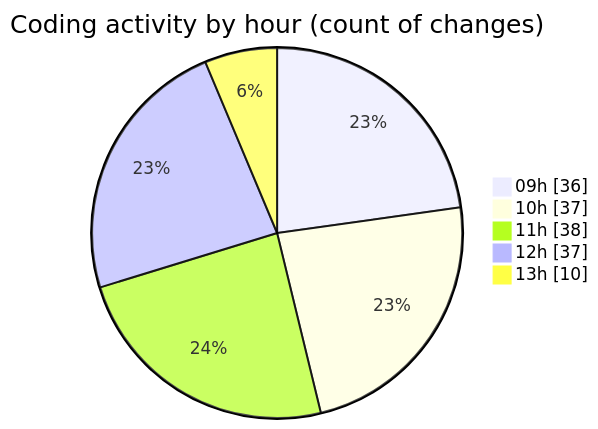
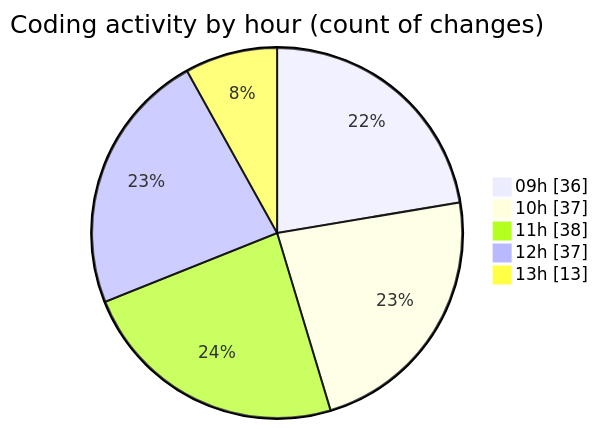
The second of 2 diagrams in 2026-04-16/cda/README.md (momahboobian/code-tracking), drawn with Mermaid before and after one commit. The commit also changed other lines of this file and 1 other file, not shown here.

````diff
--- a/2026-04-16/cda/README.md
+++ b/2026-04-16/cda/README.md
@@ -31,9 +31,9 @@
 ```mermaid
 pie showData
 title Coding activity by hour (count of changes)
 "09h" : 36
 "10h" : 37
 "11h" : 38
 "12h" : 37
-"13h" : 10
+"13h" : 13
 ```
````
